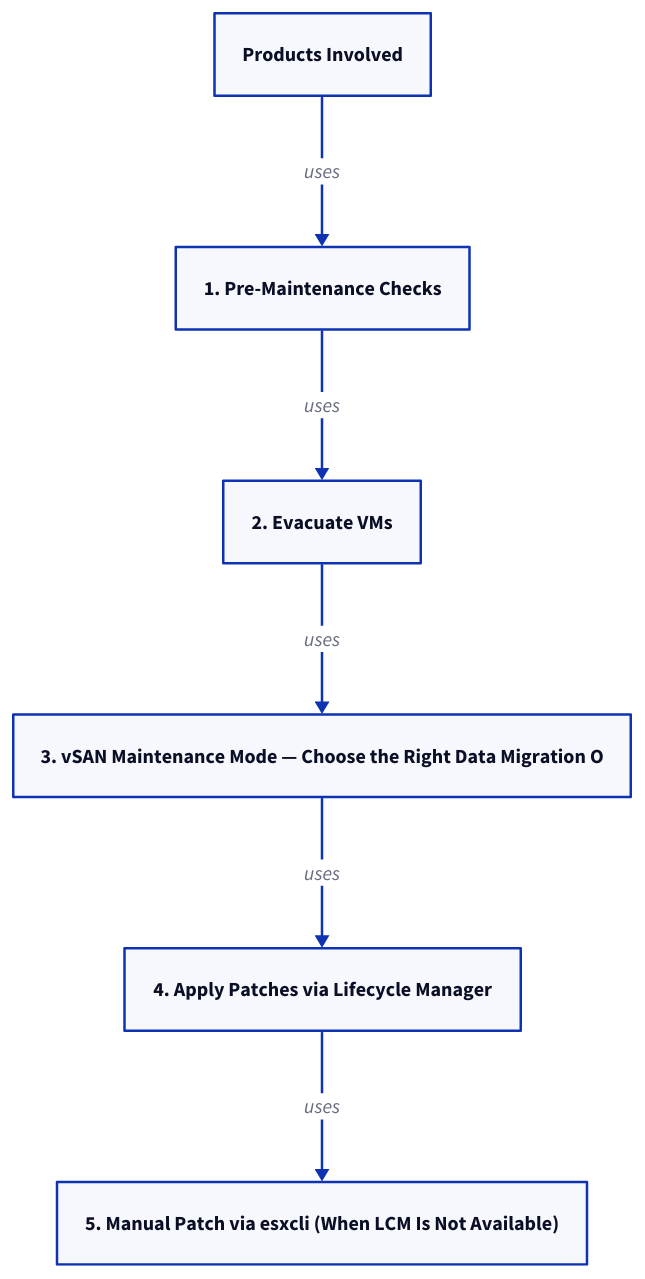
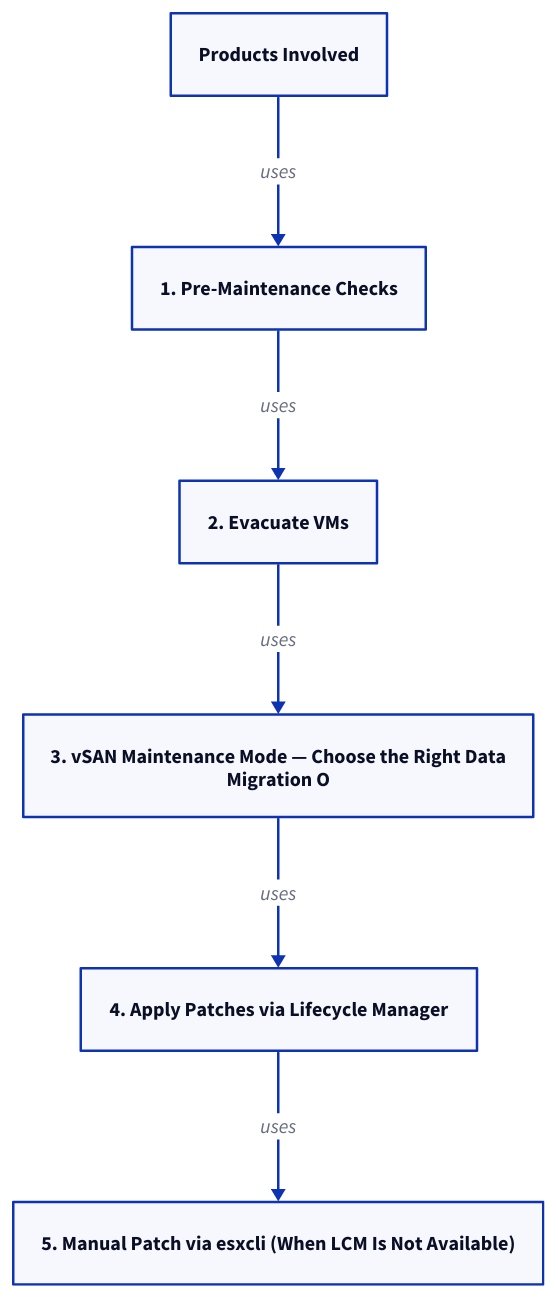
One commit to canast01/chris-kb changed the diagram in docs/virtualization/vmware/topics/scenarios/host-maintenance-patching.md. Above: the diagram before and after it, drawn with D2. The commit also changed 192 other files, not shown here.

````diff
--- a/docs/virtualization/vmware/topics/scenarios/host-maintenance-patching.md
+++ b/docs/virtualization/vmware/topics/scenarios/host-maintenance-patching.md
@@ -17,16 +17,16 @@
 ```d2
 direction: down
 
 products_involved: "Products Involved" {shape: rectangle}
 1_premaintenance_checks: "1. Pre-Maintenance Checks" {shape: rectangle}
 2_evacuate_vms: "2. Evacuate VMs" {shape: rectangle}
-3_vsan_maintenance_mode_choose_the_r: "3. vSAN Maintenance Mode — Choose the Right Data Migration O" {shape: rectangle}
+3_vsan_maintenance_mode_choose_the_r: "3. vSAN Maintenance Mode — Choose the Right Data\nMigration O" {shape: rectangle}
 4_apply_patches_via_lifecycle_manage: "4. Apply Patches via Lifecycle Manager" {shape: rectangle}
 5_manual_patch_via_esxcli_when_lcm_i: "5. Manual Patch via esxcli (When LCM Is Not Available)" {shape: rectangle}
 
 products_involved -> 1_premaintenance_checks: uses
 1_premaintenance_checks -> 2_evacuate_vms: uses
 2_evacuate_vms -> 3_vsan_maintenance_mode_choose_the_r: uses
 3_vsan_maintenance_mode_choose_the_r -> 4_apply_patches_via_lifecycle_manage: uses
 4_apply_patches_via_lifecycle_manage -> 5_manual_patch_via_esxcli_when_lcm_i: uses
 ```
````
